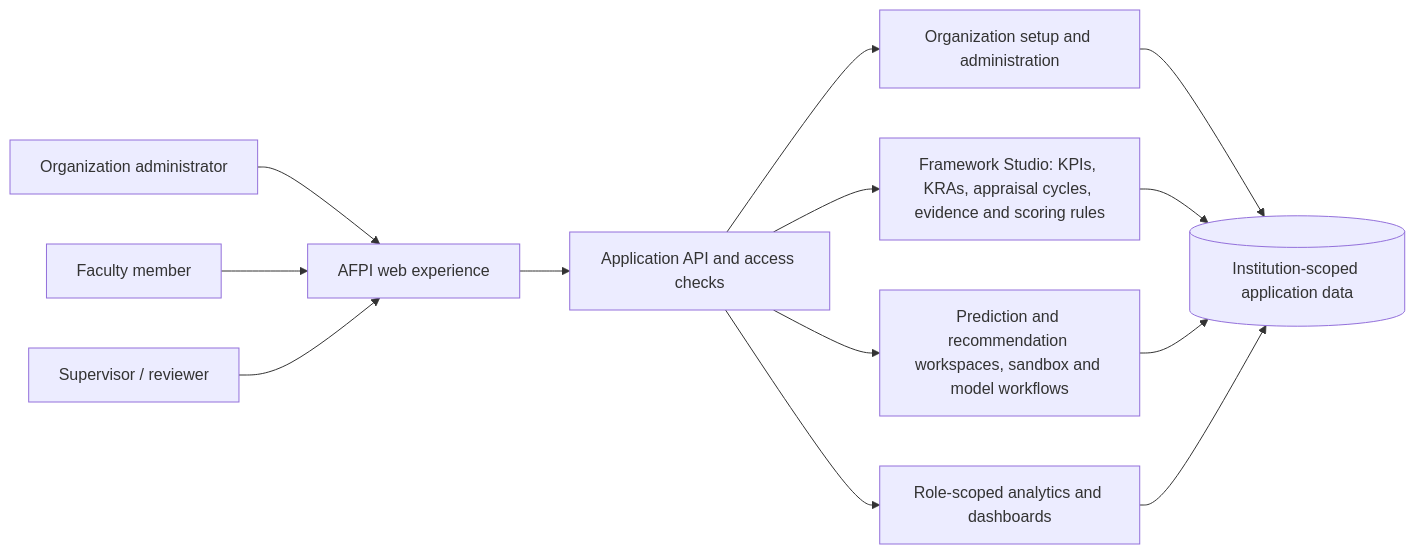
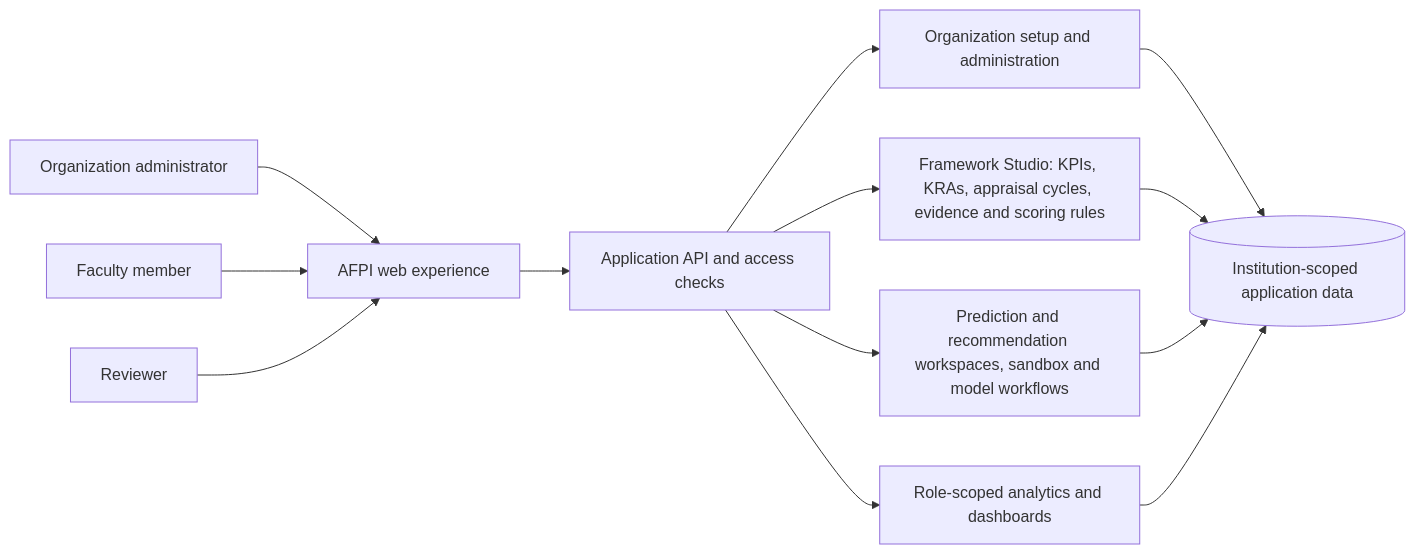
The diagram in docs/project/ARCHITECTURE.md (Kaushiik-13/KCT_AppraisalPortal), drawn with Mermaid before and after one commit. The commit also changed other lines of this file and 22 other files, not shown here.

````diff
--- a/docs/project/ARCHITECTURE.md
+++ b/docs/project/ARCHITECTURE.md
@@ -18,26 +18,26 @@
 ```mermaid
 flowchart LR
   Admin[Organization administrator]
   Faculty[Faculty member]
-  Supervisor[Supervisor / reviewer]
+  Reviewer[Reviewer]
   Web[AFPI web experience]
   API[Application API and access checks]
   Org[Organization setup and administration]
   Framework[Framework Studio: KPIs, KRAs, appraisal cycles, evidence and scoring rules]
   Models[Prediction and recommendation workspaces, sandbox and model workflows]
   Analytics[Role-scoped analytics and dashboards]
   Data[(Institution-scoped application data)]
 
   Admin --> Web
   Faculty --> Web
-  Supervisor --> Web
+  Reviewer --> Web
   Web --> API
   API --> Org
   API --> Framework
   API --> Models
   API --> Analytics
   Org --> Data
   Framework --> Data
   Models --> Data
   Analytics --> Data
 ```
````
